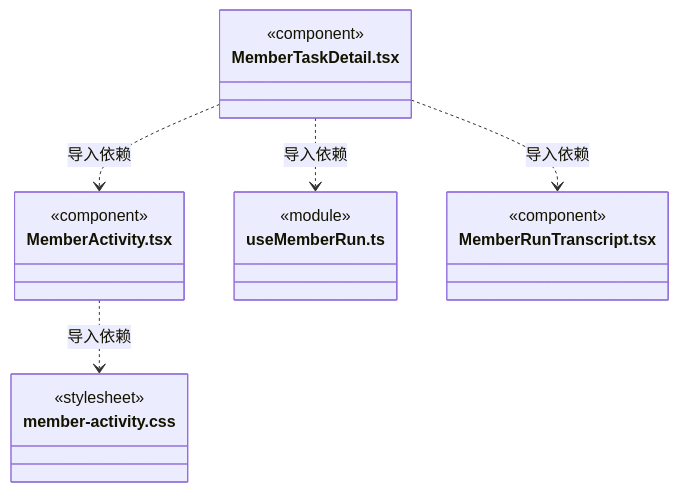
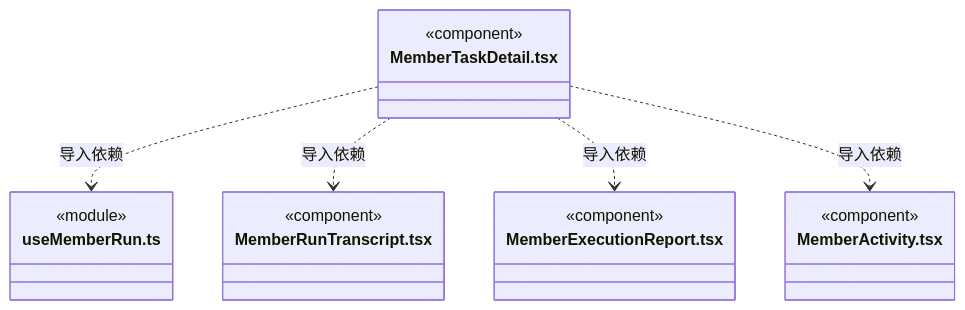
One commit to nan023062/cbim changed diagram 39 of 45 in src/frontend/tasks/ARCHITECTURE.md. Above: the diagram before and after it, drawn with Mermaid. The commit also changed other lines of this file and 55 other files, not shown here.

````diff
--- a/src/frontend/tasks/ARCHITECTURE.md
+++ b/src/frontend/tasks/ARCHITECTURE.md
@@ -635,22 +766,22 @@
 ```mermaid
 classDiagram
-class N_src_frontend_tasks_MemberActivity_tsx["MemberActivity.tsx"] {
-  <<component>>
-}
-class N_src_frontend_tasks_member_activity_css["member-activity.css"] {
-  <<stylesheet>>
-}
 class N_src_frontend_tasks_MemberTaskDetail_tsx["MemberTaskDetail.tsx"] {
   <<component>>
 }
 class N_src_frontend_tasks_useMemberRun_ts["useMemberRun.ts"] {
   <<module>>
 }
 class N_src_frontend_tasks_MemberRunTranscript_tsx["MemberRunTranscript.tsx"] {
   <<component>>
 }
-N_src_frontend_tasks_MemberActivity_tsx ..> N_src_frontend_tasks_member_activity_css : 导入依赖
+class N_src_frontend_tasks_MemberExecutionReport_tsx["MemberExecutionReport.tsx"] {
+  <<component>>
+}
+class N_src_frontend_tasks_MemberActivity_tsx["MemberActivity.tsx"] {
+  <<component>>
+}
 N_src_frontend_tasks_MemberTaskDetail_tsx ..> N_src_frontend_tasks_useMemberRun_ts : 导入依赖
 N_src_frontend_tasks_MemberTaskDetail_tsx ..> N_src_frontend_tasks_MemberRunTranscript_tsx : 导入依赖
+N_src_frontend_tasks_MemberTaskDetail_tsx ..> N_src_frontend_tasks_MemberExecutionReport_tsx : 导入依赖
 N_src_frontend_tasks_MemberTaskDetail_tsx ..> N_src_frontend_tasks_MemberActivity_tsx : 导入依赖
 ```
````
